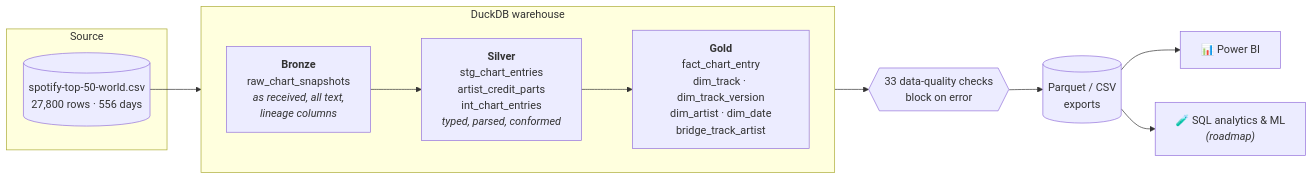
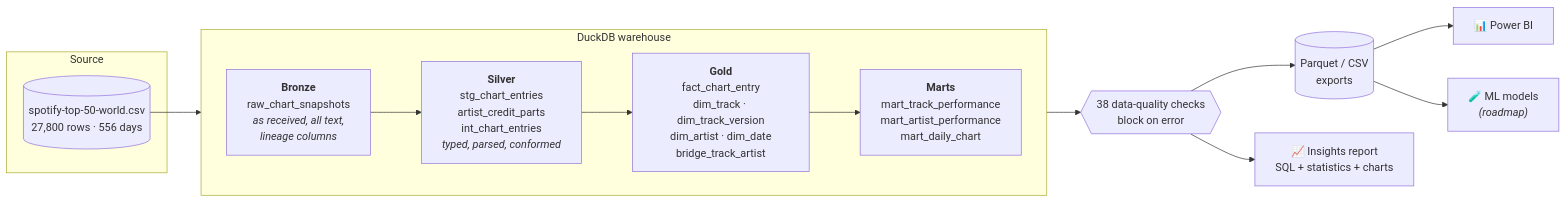
The first of 2 diagrams in README.md (n3h4a/spotify-powerbi-dashboard), drawn with Mermaid before and after one commit. The commit also changed other lines of this file and 3 other files, not shown here.

````diff
--- a/README.md
+++ b/README.md
@@ -37,24 +59,27 @@
 ```mermaid
 flowchart LR
     subgraph SRC[Source]
         CSV[("spotify-top-50-world.csv<br/>27,800 rows · 556 days")]
     end
 
     subgraph WH["DuckDB warehouse"]
         direction LR
         B["<b>Bronze</b><br/>raw_chart_snapshots<br/><i>as received, all text,<br/>lineage columns</i>"]
         S["<b>Silver</b><br/>stg_chart_entries<br/>artist_credit_parts<br/>int_chart_entries<br/><i>typed, parsed, conformed</i>"]
         G["<b>Gold</b><br/>fact_chart_entry<br/>dim_track · dim_track_version<br/>dim_artist · dim_date<br/>bridge_track_artist"]
-        B --> S --> G
+        M["<b>Marts</b><br/>mart_track_performance<br/>mart_artist_performance<br/>mart_daily_chart"]
+        B --> S --> G --> M
     end
 
-    DQ{{"33 data-quality checks<br/>block on error"}}
+    DQ{{"38 data-quality checks<br/>block on error"}}
     OUT[("Parquet / CSV<br/>exports")]
     PBI["📊 Power BI"]
-    NEXT["🧪 SQL analytics & ML<br/><i>(roadmap)</i>"]
+    INS["📈 Insights report<br/>SQL + statistics + charts"]
+    NEXT["🧪 ML models<br/><i>(roadmap)</i>"]
 
     CSV --> B
-    G --> DQ --> OUT
+    M --> DQ --> OUT
     OUT --> PBI
+    DQ --> INS
     OUT --> NEXT
 ```
````
